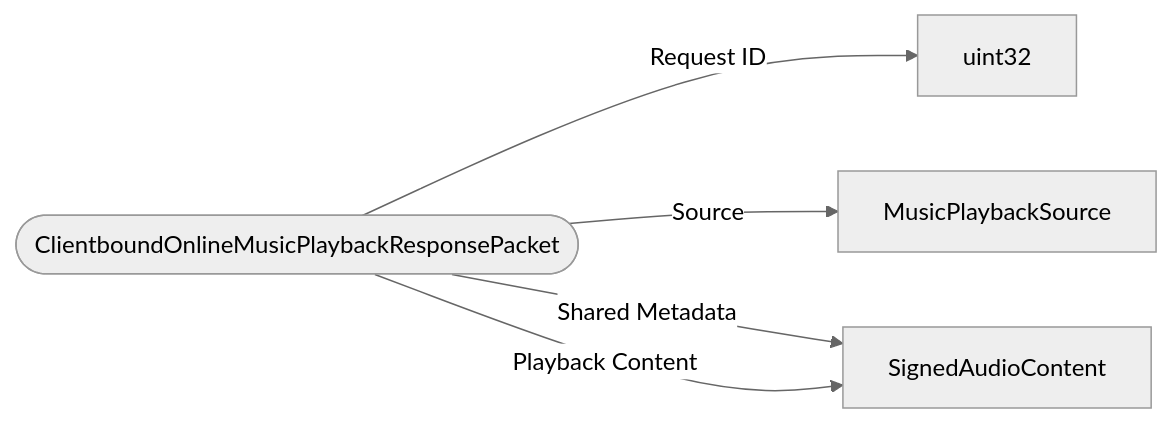
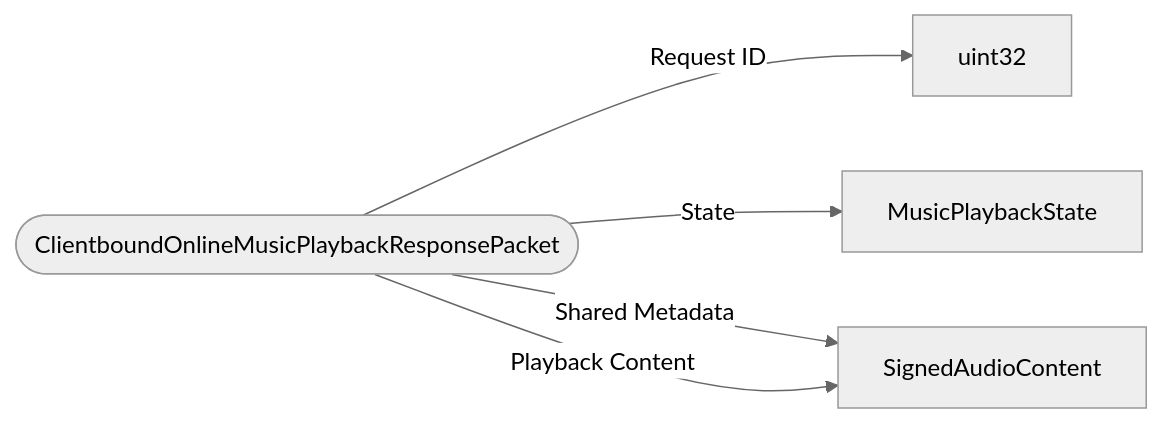
The diagram in schemas/packets/ClientboundOnlineMusicPlaybackResponsePacket.md (bedrock-v/protocol-docs), drawn with Mermaid (neutral theme) before and after one commit. The commit also changed 42 other files, not shown here.

````diff
--- a/schemas/packets/ClientboundOnlineMusicPlaybackResponsePacket.md
+++ b/schemas/packets/ClientboundOnlineMusicPlaybackResponsePacket.md
@@ -7,8 +7,8 @@
 ```mermaid
 flowchart LR
   ROOT(["ClientboundOnlineMusicPlaybackResponsePacket"])
   ROOT -->|"Request ID"| uint32["uint32"]
-  ROOT -->|"Source"| MusicPlaybackSource["MusicPlaybackSource"]
+  ROOT -->|"State"| MusicPlaybackState["MusicPlaybackState"]
   ROOT -->|"Shared Metadata"| SignedAudioContent["SignedAudioContent"]
   ROOT -->|"Playback Content"| SignedAudioContent["SignedAudioContent"]
 ```
````
